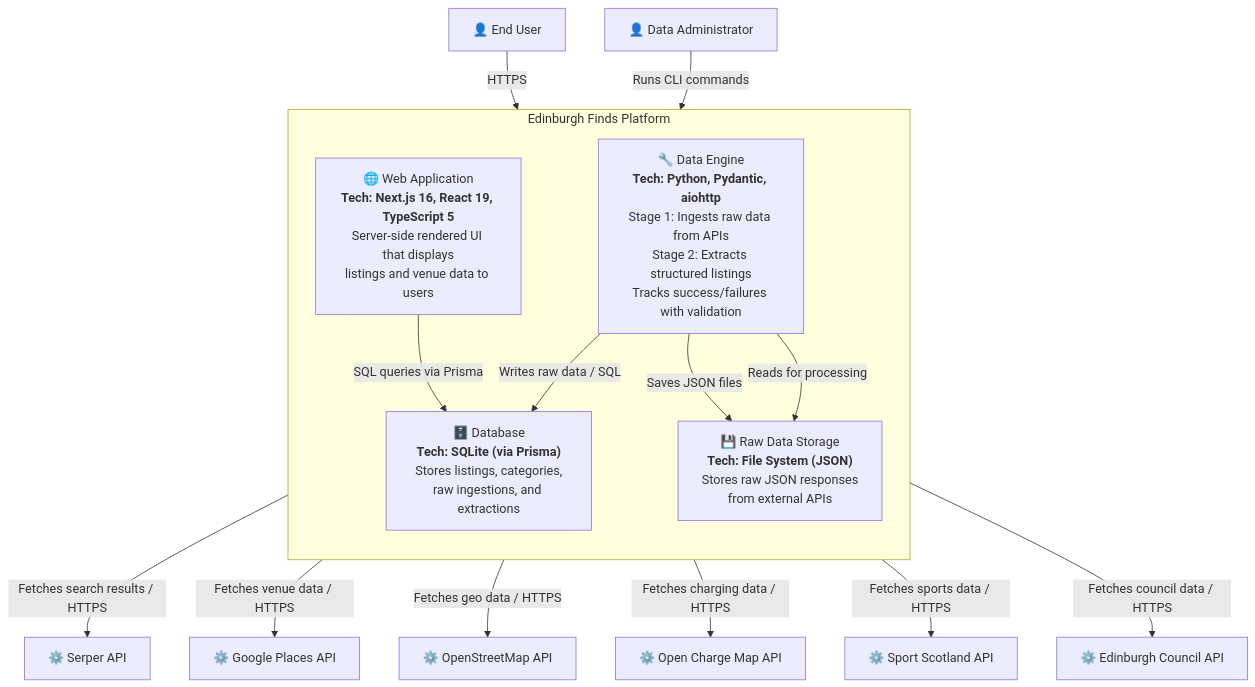
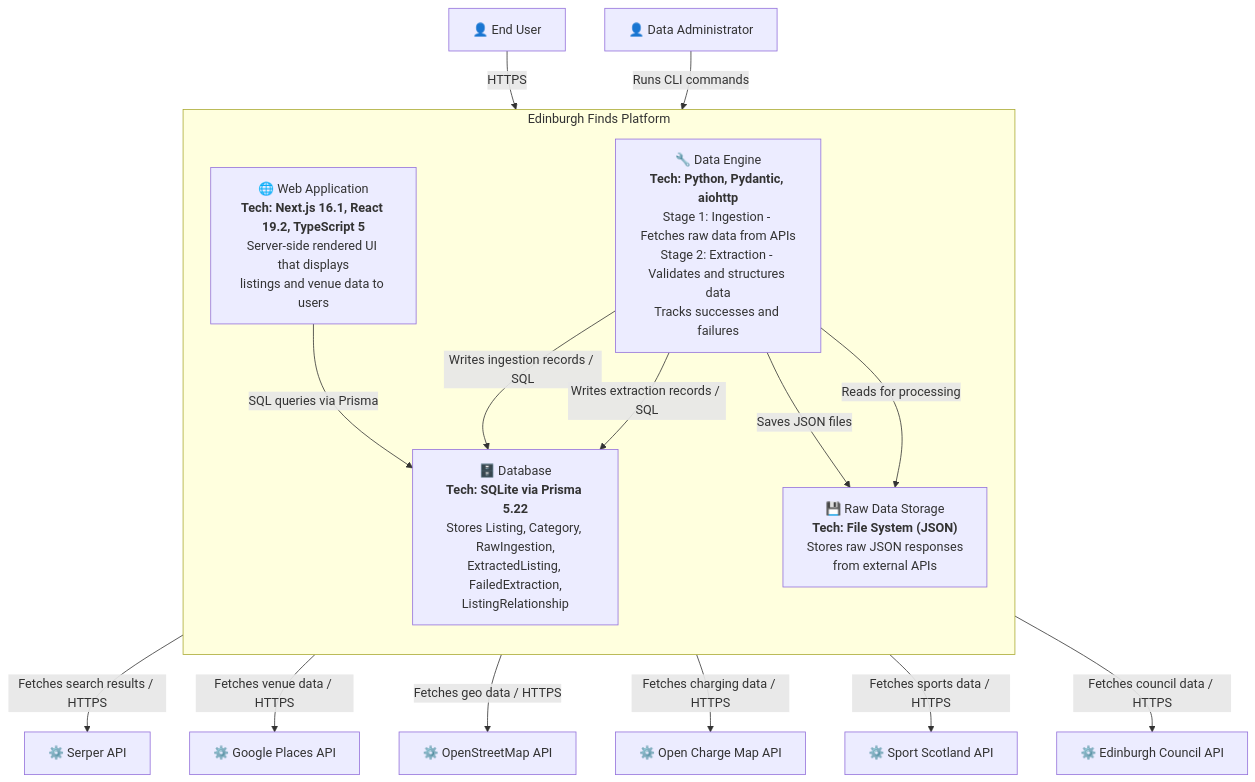
The diagram in docs/architecture/c4-level2-container.md (LarjGit/edinburgh-finds), drawn with Mermaid before and after one commit. The commit also changed other lines of this file, not shown here.

First line of the commit message:
docs(c4): regenerate C4 diagrams with updated tech stack versions

````diff
--- a/docs/architecture/c4-level2-container.md
+++ b/docs/architecture/c4-level2-container.md
@@ -12,44 +12,45 @@
 ```mermaid
 graph TB
     %% Users
     User["👤 End User"]
     Admin["👤 Data Administrator"]
 
     %% System Boundary
     subgraph System["Edinburgh Finds Platform"]
         direction TB
-        Web["🌐 Web Application<br/><b>Tech: Next.js 16, React 19, TypeScript 5</b><br/>Server-side rendered UI that displays<br/>listings and venue data to users"]
+        Web["🌐 Web Application<br/><b>Tech: Next.js 16.1, React 19.2, TypeScript 5</b><br/>Server-side rendered UI that displays<br/>listings and venue data to users"]
 
-        DataEngine["🔧 Data Engine<br/><b>Tech: Python, Pydantic, aiohttp</b><br/>Stage 1: Ingests raw data from APIs<br/>Stage 2: Extracts structured listings<br/>Tracks success/failures with validation"]
+        DataEngine["🔧 Data Engine<br/><b>Tech: Python, Pydantic, aiohttp</b><br/>Stage 1: Ingestion - Fetches raw data from APIs<br/>Stage 2: Extraction - Validates and structures data<br/>Tracks successes and failures"]
 
-        DB["🗄️ Database<br/><b>Tech: SQLite (via Prisma)</b><br/>Stores listings, categories,<br/>raw ingestions, and extractions"]
+        DB["🗄️ Database<br/><b>Tech: SQLite via Prisma 5.22</b><br/>Stores Listing, Category, RawIngestion,<br/>ExtractedListing, FailedExtraction,<br/>ListingRelationship"]
 
         RawStorage["💾 Raw Data Storage<br/><b>Tech: File System (JSON)</b><br/>Stores raw JSON responses<br/>from external APIs"]
     end
 
     %% External Systems
     Serper["⚙️ Serper API"]
     GooglePlaces["⚙️ Google Places API"]
     OSM["⚙️ OpenStreetMap API"]
     OpenChargeMap["⚙️ Open Charge Map API"]
     SportScotland["⚙️ Sport Scotland API"]
     EdinburghCouncil["⚙️ Edinburgh Council API"]
 
     %% User Relationships
     User -->|"HTTPS"| Web
     Admin -->|"Runs CLI commands"| DataEngine
 
     %% Internal Relationships
     Web -->|"SQL queries via Prisma"| DB
-    DataEngine -->|"Writes raw data / SQL"| DB
+    DataEngine -->|"Writes ingestion records / SQL"| DB
+    DataEngine -->|"Writes extraction records / SQL"| DB
     DataEngine -->|"Saves JSON files"| RawStorage
     DataEngine -->|"Reads for processing"| RawStorage
 
     %% External API Relationships
     DataEngine -->|"Fetches search results / HTTPS"| Serper
     DataEngine -->|"Fetches venue data / HTTPS"| GooglePlaces
     DataEngine -->|"Fetches geo data / HTTPS"| OSM
     DataEngine -->|"Fetches charging data / HTTPS"| OpenChargeMap
     DataEngine -->|"Fetches sports data / HTTPS"| SportScotland
     DataEngine -->|"Fetches council data / HTTPS"| EdinburghCouncil
 ```
````
